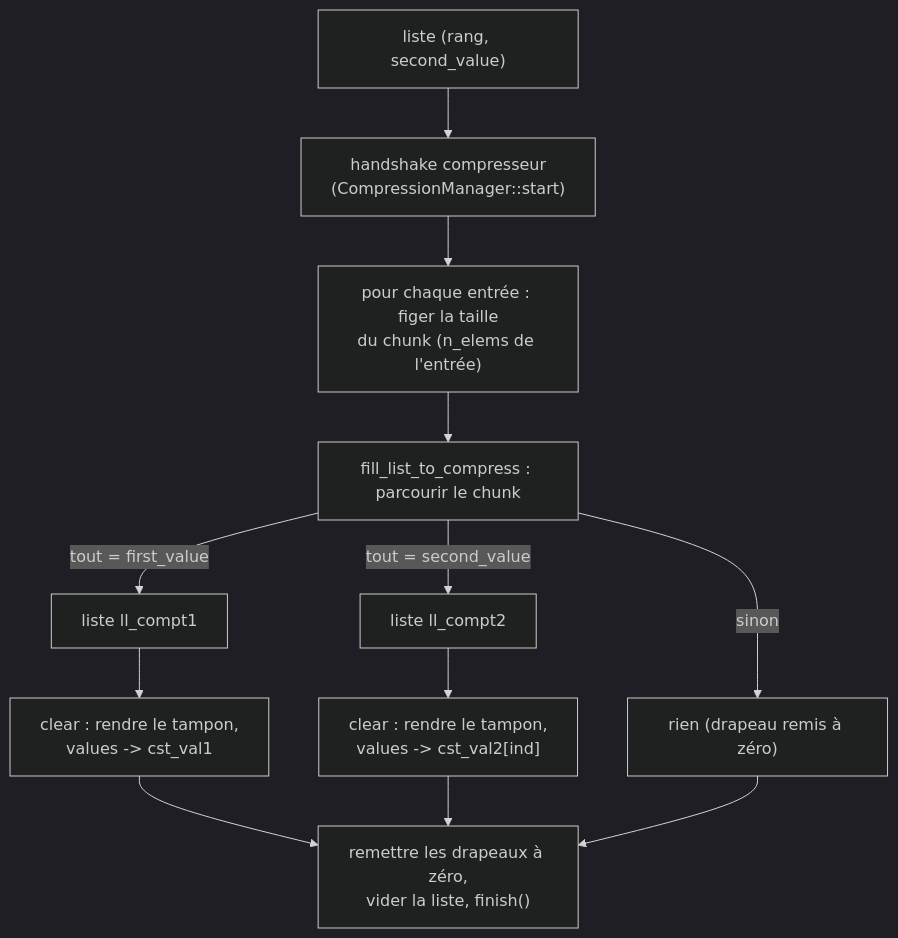
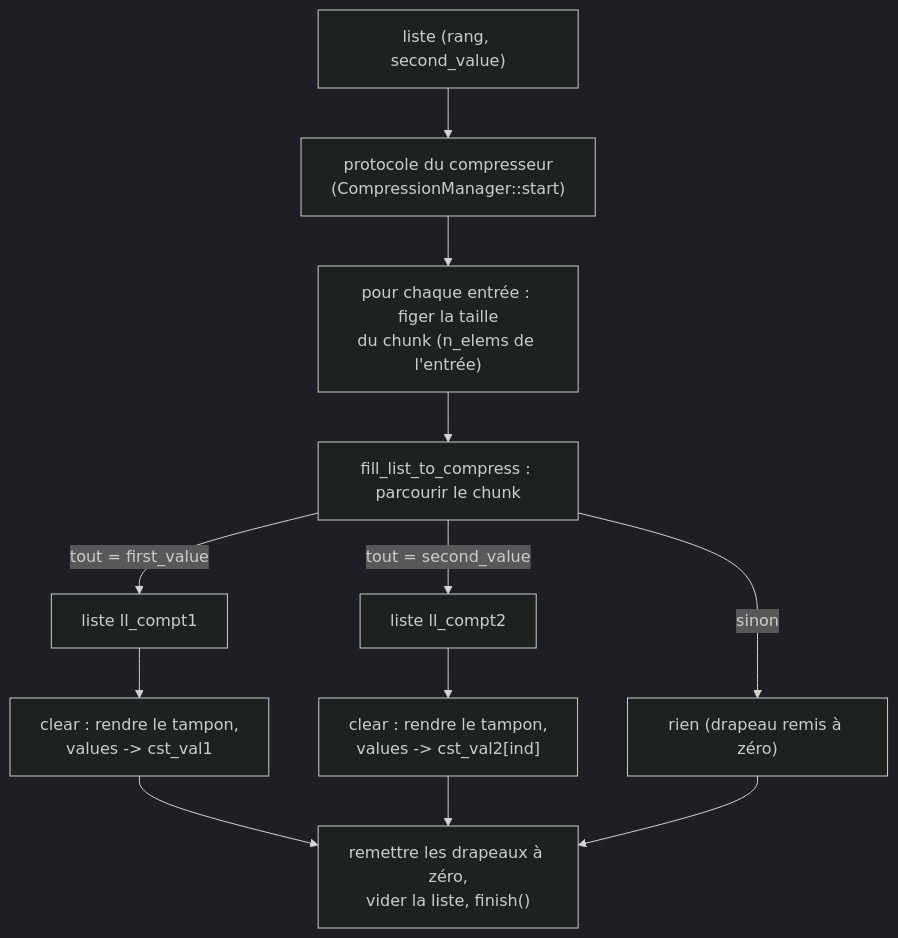
The second of 2 diagrams in docs/algo_chunk2_fr.md (cea-hpc/shrink-array), drawn with Mermaid (dark theme) before and after one commit. The commit also changed other lines of this file and 5 other files, not shown here.

````diff
--- a/docs/algo_chunk2_fr.md
+++ b/docs/algo_chunk2_fr.md
@@ -382,14 +382,14 @@
 ```mermaid
 flowchart TD
-    A["liste (rang, second_value)"] --> B["handshake compresseur<br/>(CompressionManager::start)"]
+    A["liste (rang, second_value)"] --> B["protocole du compresseur<br/>(CompressionManager::start)"]
     B --> C["pour chaque entrée : figer la taille<br/>du chunk (n_elems de l'entrée)"]
     C --> D["fill_list_to_compress : parcourir le chunk"]
     D -->|"tout = first_value"| E["liste ll_compt1"]
     D -->|"tout = second_value"| F["liste ll_compt2"]
     D -->|"sinon"| G["rien (drapeau remis à zéro)"]
     E --> H["clear : rendre le tampon,<br/>values -> cst_val1"]
     F --> I["clear : rendre le tampon,<br/>values -> cst_val2[ind]"]
     H --> J["remettre les drapeaux à zéro,<br/>vider la liste, finish()"]
     I --> J
     G --> J
 ```
````
